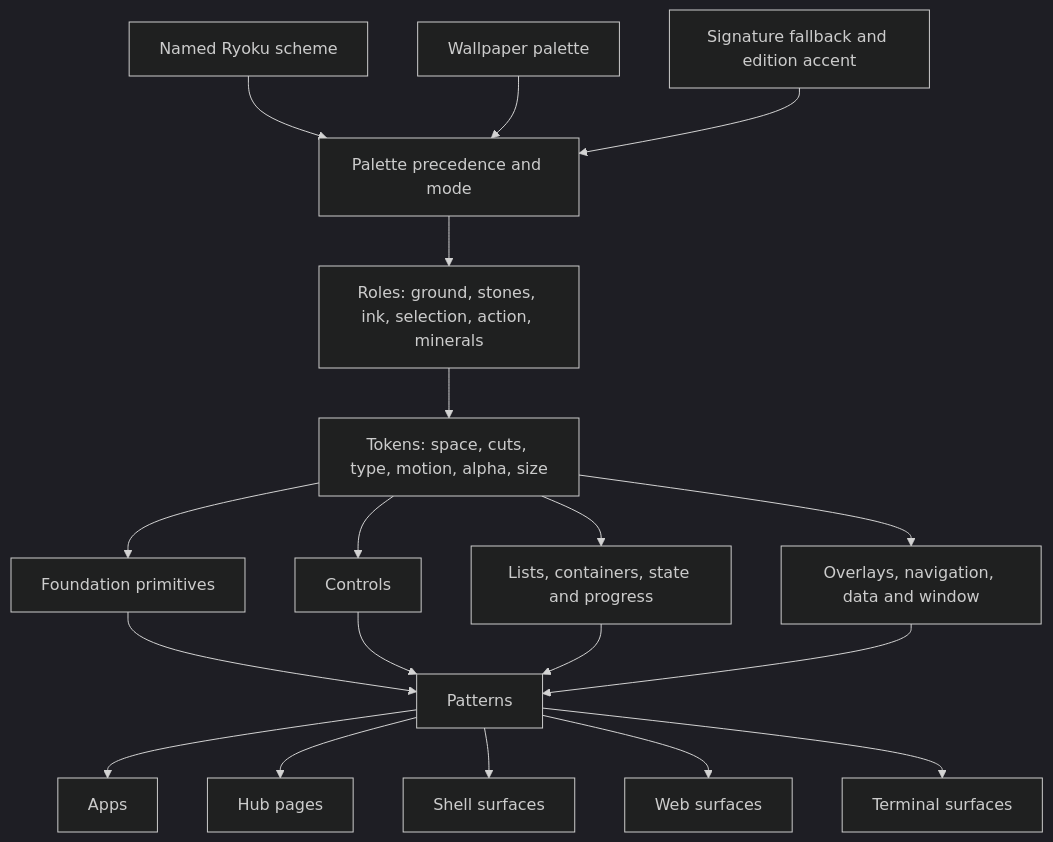
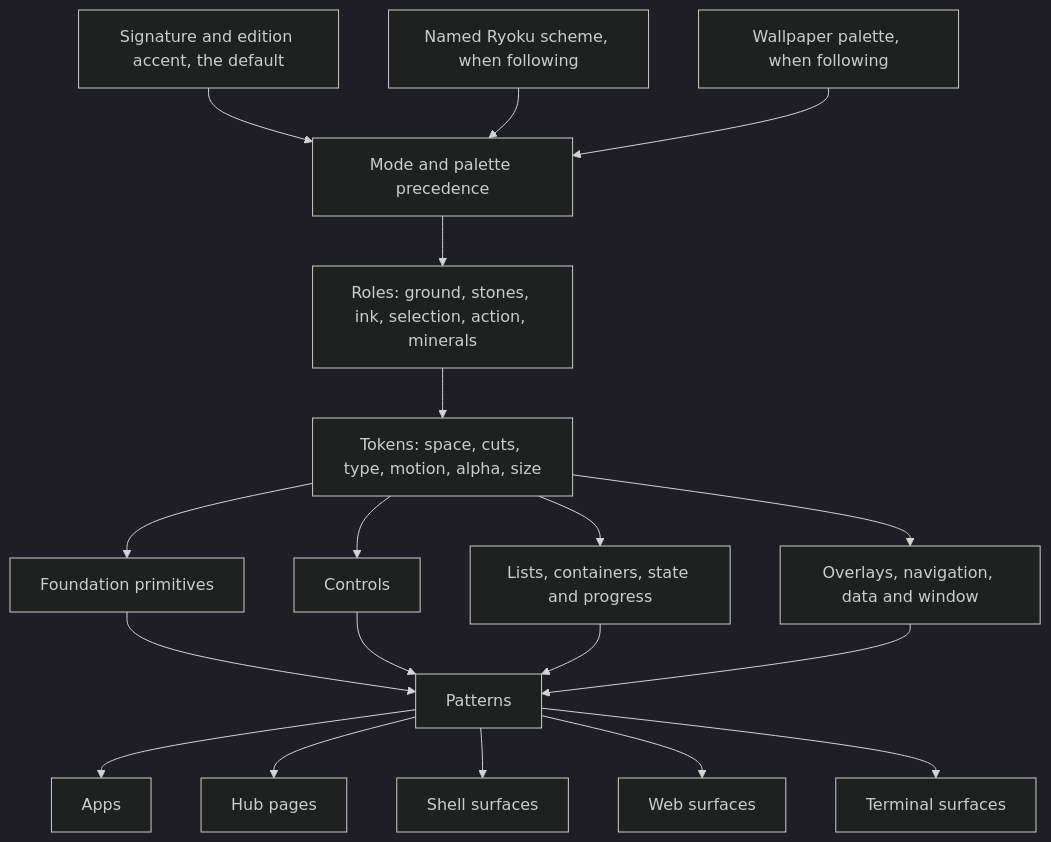
One commit to Ryoku-dev/ryoku changed the diagram in docs/lithic/map.md. Above: the diagram before and after it, drawn with Mermaid (dark theme). The commit also changed other lines of this file and 36 other files, not shown here.

````diff
--- a/docs/lithic/map.md
+++ b/docs/lithic/map.md
@@ -7,21 +7,21 @@
 ```mermaid
 flowchart TD
-    A[Named Ryoku scheme] --> D[Palette precedence and mode]
-    B[Wallpaper palette] --> D
-    C[Signature fallback and edition accent] --> D
+    C[Signature and edition accent, the default] --> D[Mode and palette precedence]
+    A[Named Ryoku scheme, when following] --> D
+    B[Wallpaper palette, when following] --> D
     D --> E[Roles: ground, stones, ink, selection, action, minerals]
     E --> F[Tokens: space, cuts, type, motion, alpha, size]
     F --> G1[Foundation primitives]
     F --> G2[Controls]
     F --> G3[Lists, containers, state and progress]
     F --> G4[Overlays, navigation, data and window]
     G1 --> H[Patterns]
     G2 --> H
     G3 --> H
     G4 --> H
     H --> I1[Apps]
     H --> I2[Hub pages]
     H --> I3[Shell surfaces]
     H --> I4[Web surfaces]
     H --> I5[Terminal surfaces]
 ```
````
